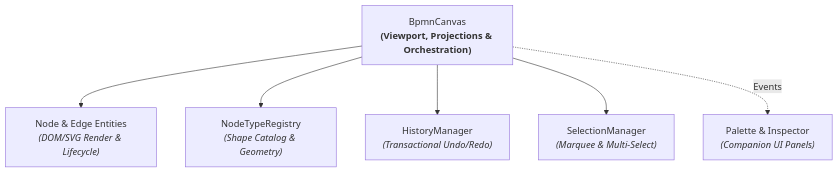
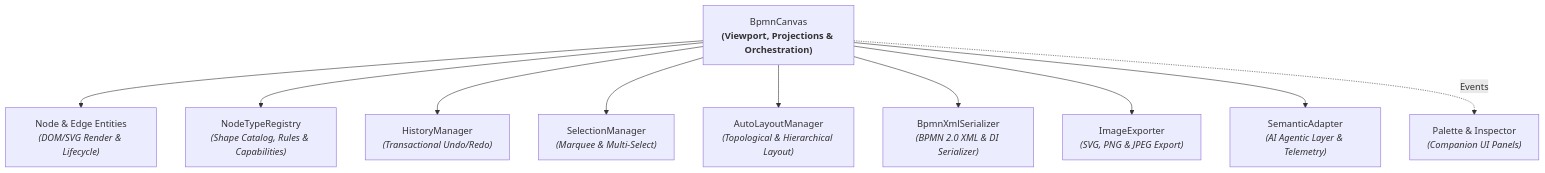
The diagram in README.md (dphseven/bpmn-canvas), drawn with Mermaid before and after one commit. The commit also changed other lines of this file and 3 other files, not shown here.

Commit message:
release: v1.1.0 - BPMN 2.0 XML interoperability, AI agent layer, auto-layout, and image export (#34)

````diff
--- a/README.md
+++ b/README.md
@@ -179,16 +130,24 @@
 ```mermaid
 flowchart TD
     Canvas["BpmnCanvas<br/><b>(Viewport, Projections & Orchestration)</b>"]
 
     Entities["Node & Edge Entities<br/><i>(DOM/SVG Render & Lifecycle)</i>"]
-    Registry["NodeTypeRegistry<br/><i>(Shape Catalog & Geometry)</i>"]
+    Registry["NodeTypeRegistry<br/><i>(Shape Catalog, Rules & Capabilities)</i>"]
     History["HistoryManager<br/><i>(Transactional Undo/Redo)</i>"]
     Selection["SelectionManager<br/><i>(Marquee & Multi-Select)</i>"]
+    Layout["AutoLayoutManager<br/><i>(Topological & Hierarchical Layout)</i>"]
+    Xml["BpmnXmlSerializer<br/><i>(BPMN 2.0 XML & DI Serializer)</i>"]
+    Exporter["ImageExporter<br/><i>(SVG, PNG & JPEG Export)</i>"]
+    Semantic["SemanticAdapter<br/><i>(AI Agentic Layer & Telemetry)</i>"]
     Panels["Palette & Inspector<br/><i>(Companion UI Panels)</i>"]
 
     Canvas --> Entities
     Canvas --> Registry
     Canvas --> History
     Canvas --> Selection
+    Canvas --> Layout
+    Canvas --> Xml
+    Canvas --> Exporter
+    Canvas --> Semantic
     Canvas -.->|Events| Panels
 ```
````
